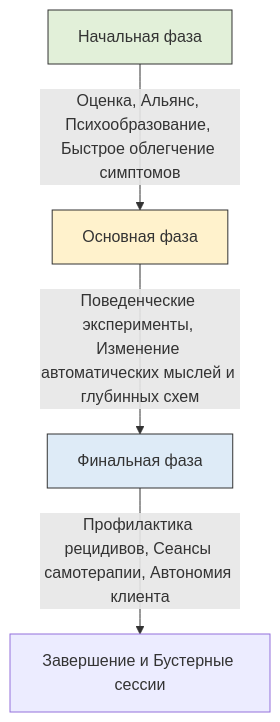
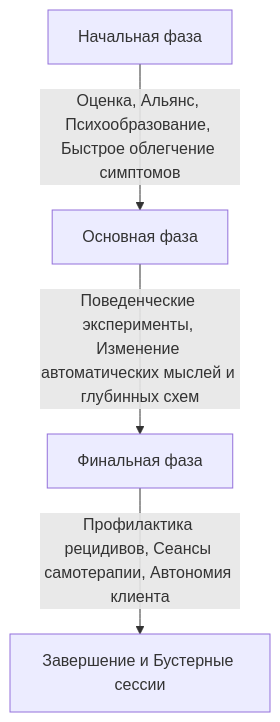
Before and after one commit to becasualle/vimutti: the first of 2 diagrams in content/articles/psychology/cbt/architektura-kpt-etapy-i-planirovanie.mdx, drawn with Mermaid. The commit also changed 30 other files, not shown here.

````diff
--- a/content/articles/psychology/cbt/architektura-kpt-etapy-i-planirovanie.mdx
+++ b/content/articles/psychology/cbt/architektura-kpt-etapy-i-planirovanie.mdx
@@ -49,10 +49,7 @@
 ```mermaid
 graph TD
     A[Начальная фаза] -->|Оценка, Альянс, Психообразование, Быстрое облегчение симптомов| B[Основная фаза]
     B -->|Поведенческие эксперименты, Изменение автоматических мыслей и глубинных схем| C[Финальная фаза]
     C -->|Профилактика рецидивов, Сеансы самотерапии, Автономия клиента| D[Завершение и Бустерные сессии]
 
-    style A fill:#e2f0d9,stroke:#333,stroke-width:1px
-    style B fill:#fff2cc,stroke:#333,stroke-width:1px
-    style C fill:#deebf7,stroke:#333,stroke-width:1px
 ```
````
